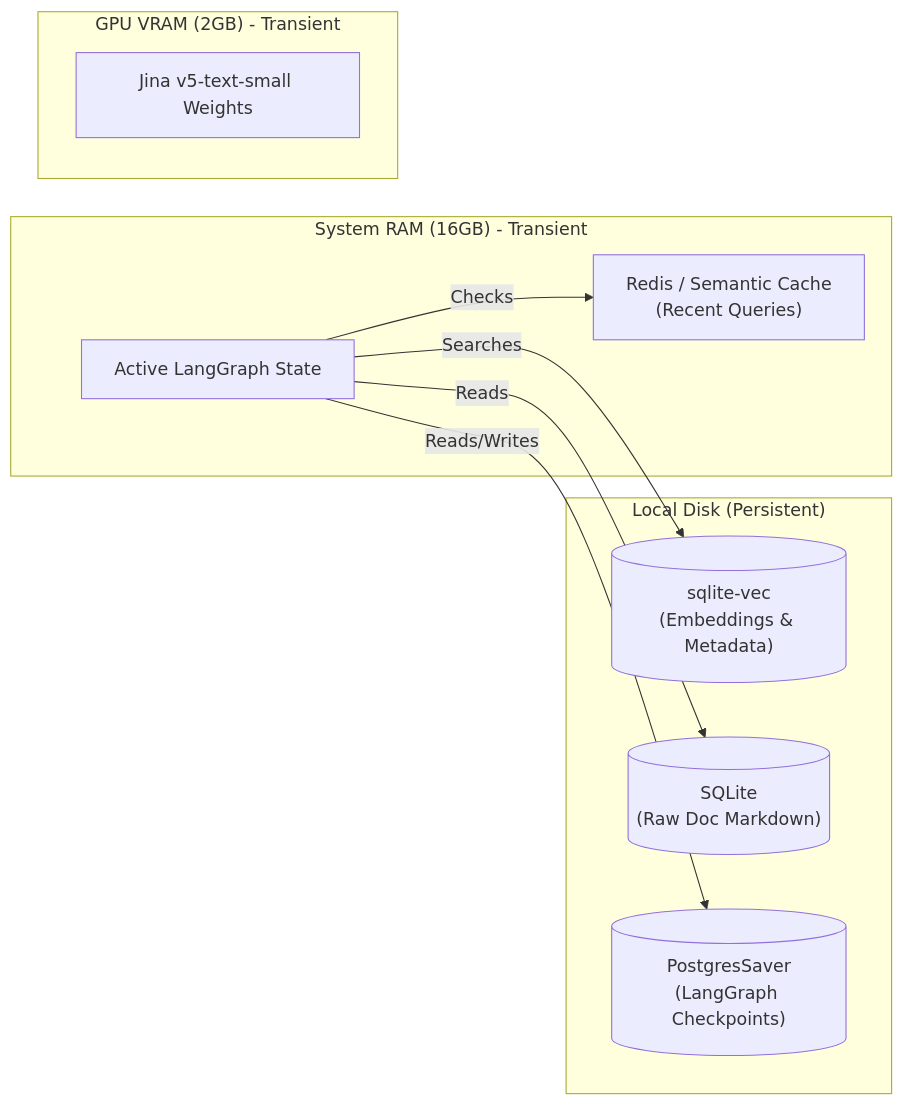
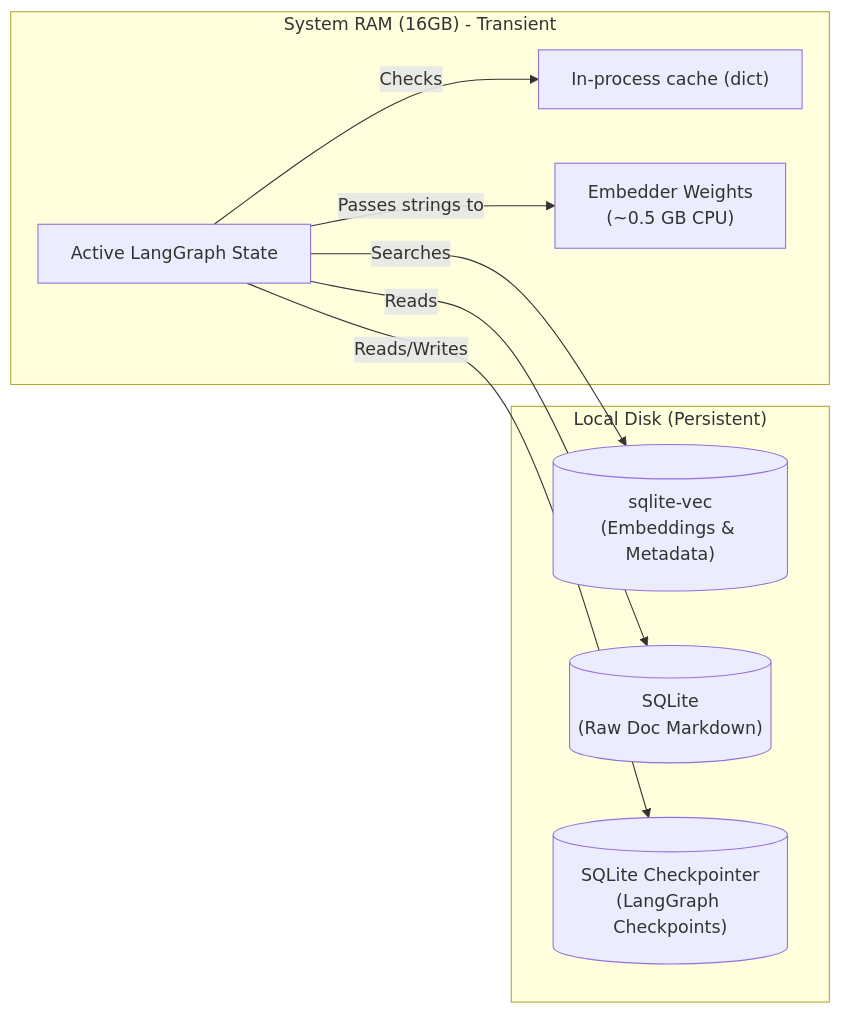
Before and after one commit to dpsdagain/RAG: the sixth of 7 diagrams in rag_final_architecture_2026.md, drawn with Mermaid. The commit also changed other lines of this file and 6 other files, not shown here.

Commit message:
docs: refactor RAG architecture to strict 0-VRAM CPU-first baseline

````diff
--- a/rag_final_architecture_2026.md
+++ b/rag_final_architecture_2026.md
@@ -164,22 +164,20 @@
 ```mermaid
 graph LR
     subgraph "Local Disk (Persistent)"
         VDB[("sqlite-vec<br>(Embeddings & Metadata)")]
         SQL[("SQLite<br>(Raw Doc Markdown)")]
-        PG[("PostgresSaver<br>(LangGraph Checkpoints)")]
+        PG[("SQLite Checkpointer<br>(LangGraph Checkpoints)")]
     end
     
     subgraph "System RAM (16GB) - Transient"
-        InMemCache["Redis / Semantic Cache<br>(Recent Queries)"]
+        InMemCache["In-process cache (dict)"]
         ActiveGraph["Active LangGraph State"]
-    end
-    
-    subgraph "GPU VRAM (2GB) - Transient"
-        EmbModel["Jina v5-text-small Weights"]
+        EmbModel["Embedder Weights<br>(~0.5 GB CPU)"]
     end
 
     ActiveGraph -->|Reads/Writes| PG
     ActiveGraph -->|Reads| SQL
     ActiveGraph -->|Searches| VDB
     ActiveGraph -->|Checks| InMemCache
+    ActiveGraph -->|Passes strings to| EmbModel
 ```
````
